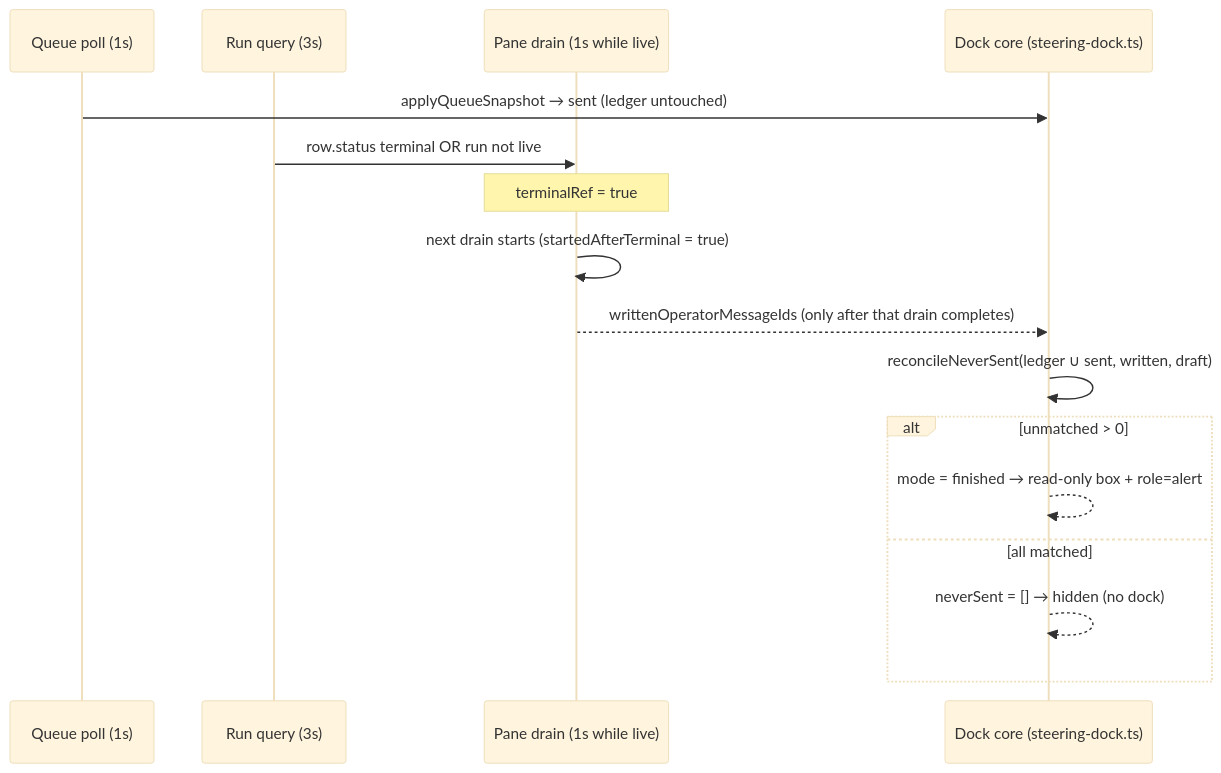
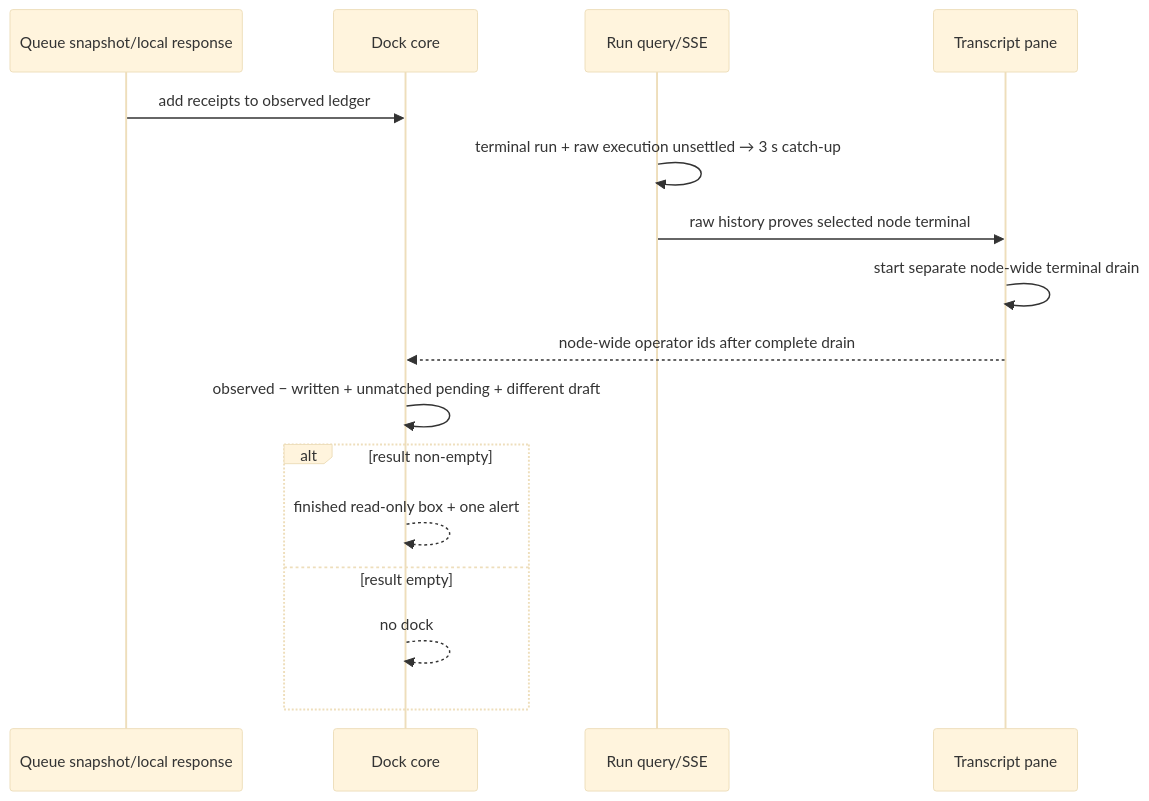
The diagram in plans/260920-1136-issue-191-recover-never-sent-messages/plan.md (kevinle128/Archon), drawn with Mermaid (base theme) before and after one commit. The commit also changed other lines of this file and 4 other files, not shown here.

````diff
--- a/plans/260920-1136-issue-191-recover-never-sent-messages/plan.md
+++ b/plans/260920-1136-issue-191-recover-never-sent-messages/plan.md
@@ -335,18 +375,18 @@
 ```mermaid
 sequenceDiagram
-  participant Q as Queue poll (1s)
-  participant R as Run query (3s)
-  participant P as Pane drain (1s while live)
-  participant D as Dock core (steering-dock.ts)
-  Q->>D: applyQueueSnapshot → sent (ledger untouched)
-  R->>P: row.status terminal OR run not live
-  Note over P: terminalRef = true
-  P->>P: next drain starts (startedAfterTerminal = true)
-  P-->>D: writtenOperatorMessageIds (only after that drain completes)
-  D->>D: reconcileNeverSent(ledger ∪ sent, written, draft)
-  alt unmatched > 0
-    D-->>D: mode = finished → read-only box + role=alert
-  else all matched
-    D-->>D: neverSent = [] → hidden (no dock)
+  participant Q as Queue snapshot/local response
+  participant D as Dock core
+  participant R as Run query/SSE
+  participant P as Transcript pane
+  Q->>D: add receipts to observed ledger
+  R->>R: terminal run + raw execution unsettled → 3 s catch-up
+  R->>P: raw history proves selected node terminal
+  P->>P: start separate node-wide terminal drain
+  P-->>D: node-wide operator ids after complete drain
+  D->>D: observed − written + unmatched pending + different draft
+  alt result non-empty
+    D-->>D: finished read-only box + one alert
+  else result empty
+    D-->>D: no dock
   end
 ```
````
